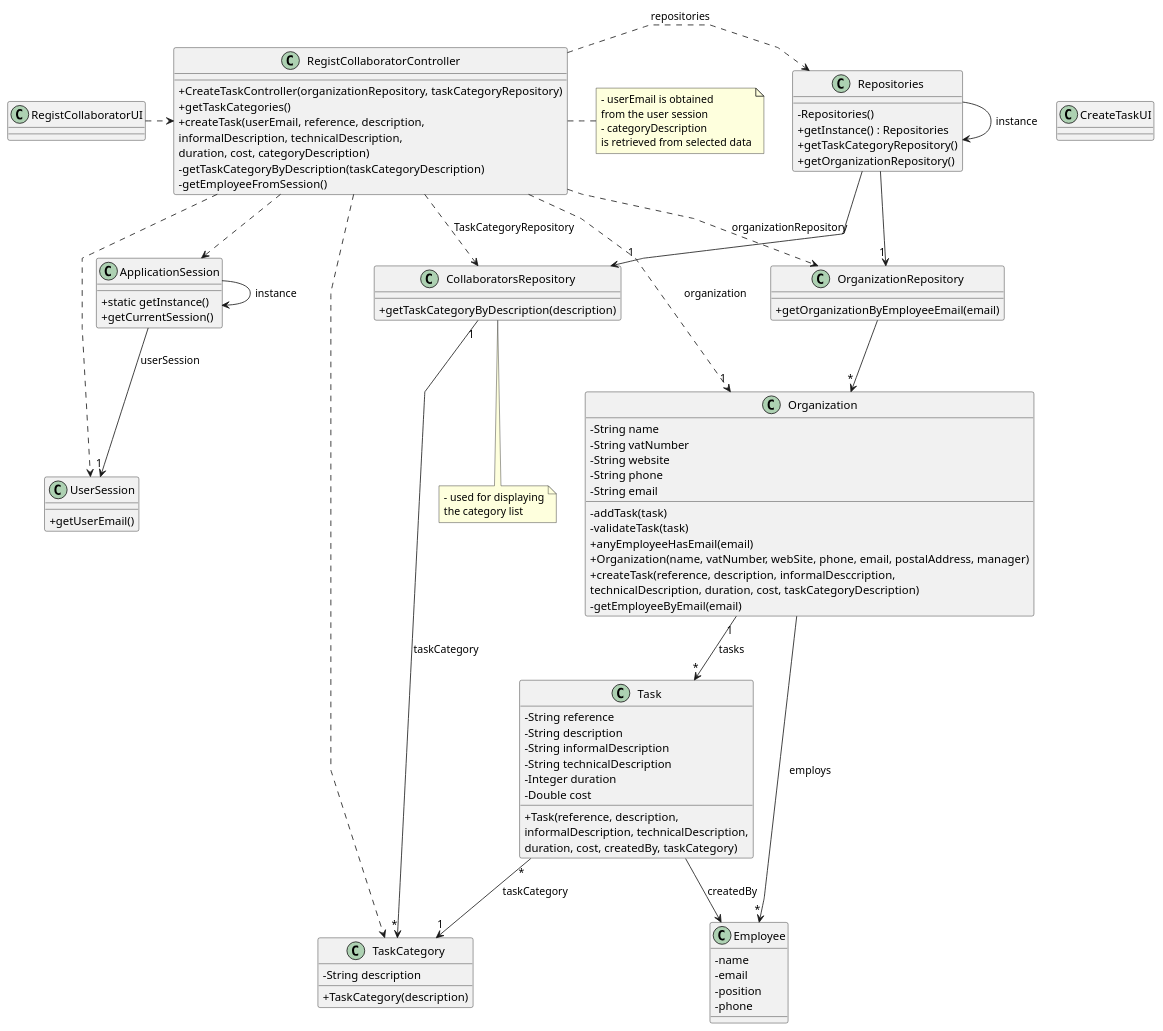
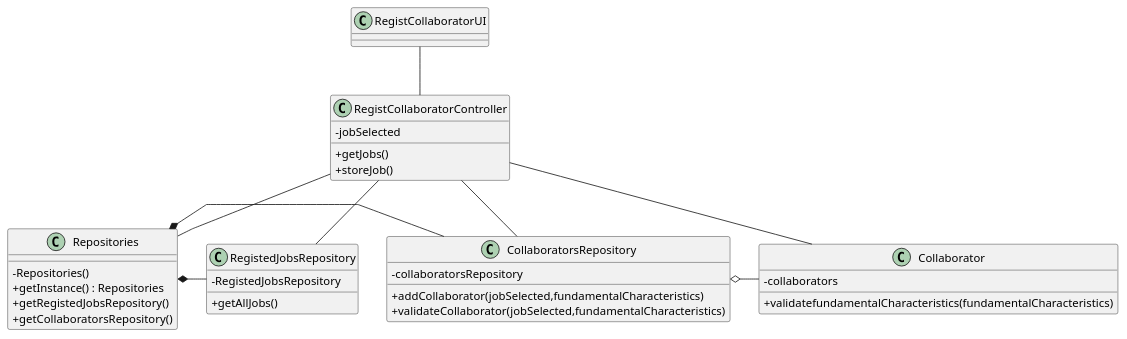
Before and after one commit to 1231360-ISEP/lei-24-s2-1db-g021: the diagram in docs/sprint2/us003/03.design/puml/us003-class-diagram.puml, drawn with PlantUML. The commit also changed 1 other file, not shown here.

```diff
--- a/docs/sprint2/us003/03.design/puml/us003-class-diagram.puml
+++ b/docs/sprint2/us003/03.design/puml/us003-class-diagram.puml
@@ -1,130 +1,64 @@
 @startuml
 'skinparam monochrome true
 skinparam packageStyle rectangle
 skinparam shadowing false
 skinparam linetype polyline
 'skinparam linetype orto
 
 skinparam classAttributeIconSize 0
 
 'left to right direction
 
-class ApplicationSession
+class RegistCollaboratorUI
 {
-    + static getInstance()
-    + getCurrentSession()
+
 }
 
-class UserSession
+class RegistCollaboratorController
 {
-    + getUserEmail()
-}
-
-class Employee {
-    - name
-    - email
-    - position
-    - phone
-}
-
-class Task {
-    - String reference
-    - String description
-    - String informalDescription
-    - String technicalDescription
-    - Integer duration
-    - Double cost
-
-    + Task(reference, description,\ninformalDescription, technicalDescription,\nduration, cost, createdBy, taskCategory)
-}
-
-class TaskCategory {
-    - String description
-
-    + TaskCategory(description)
-}
-
-class Organization {
-    - String name
-    - String vatNumber
-    - String website
-    - String phone
-    - String email
-
-    - addTask(task)
-    - validateTask(task)
-    + anyEmployeeHasEmail(email)
-    + Organization(name, vatNumber, webSite, phone, email, postalAddress, manager)
-    + createTask(reference, description, informalDesccription,\ntechnicalDescription, duration, cost, taskCategoryDescription)
-    - getEmployeeByEmail(email)
-
-'  +saveTask(task)
-}
-
-class CollaboratorsRepository {
-    + getTaskCategoryByDescription(description)
-}
-
-class OrganizationRepository {
-    + getOrganizationByEmployeeEmail(email)
+    - jobSelected
+    + getJobs()
+    + storeJob()
 }
 
 class Repositories {
     - Repositories()
     + getInstance() : Repositories
-    + getTaskCategoryRepository()
-    + getOrganizationRepository()
+    + getRegistedJobsRepository()
+    + getCollaboratorsRepository()
 }
 
-class RegistCollaboratorController {
-    + CreateTaskController(organizationRepository, taskCategoryRepository)
-    + getTaskCategories()
-    + createTask(userEmail, reference, description,\ninformalDescription, technicalDescription,\nduration, cost, categoryDescription)
-    - getTaskCategoryByDescription(taskCategoryDescription)
-    - getEmployeeFromSession()
+class CollaboratorsRepository {
+    - collaboratorsRepository
+    + addCollaborator(jobSelected,fundamentalCharacteristics)
+    + validateCollaborator(jobSelected,fundamentalCharacteristics)
 }
 
-note right of RegistCollaboratorController
-    - userEmail is obtained
-    from the user session
-    - categoryDescription
-    is retrieved from selected data
-end note
 
-note bottom of CollaboratorsRepository
-    - used for displaying
-    the category list
-end note
-
-class CreateTaskUI {
+class RegistedJobsRepository {
+    - RegistedJobsRepository
+    + getAllJobs()
 }
 
-Repositories -> Repositories : instance
-ApplicationSession -> ApplicationSession : instance
+class Collaborator {
+    - collaborators
+    + validatefundamentalCharacteristics(fundamentalCharacteristics)
+}
 
-RegistCollaboratorUI .> RegistCollaboratorController
+RegistCollaboratorUI -- RegistCollaboratorController
 
-RegistCollaboratorController .> Repositories : repositories
+RegistCollaboratorController -- Repositories
 
-Repositories -> "1" CollaboratorsRepository
+RegistCollaboratorController -- CollaboratorsRepository
 
-RegistCollaboratorController ..> TaskCategory
-RegistCollaboratorController ..> OrganizationRepository : organizationRepository
-RegistCollaboratorController ..> CollaboratorsRepository : TaskCategoryRepository
+RegistCollaboratorController -- RegistedJobsRepository
 
-Repositories --> "1" OrganizationRepository
+RegistCollaboratorController -- Collaborator
 
-OrganizationRepository --> "*" Organization
-ApplicationSession --> "1" UserSession : userSession
+Repositories *- CollaboratorsRepository
 
-RegistCollaboratorController ..> "1" Organization : organization
-RegistCollaboratorController ..> ApplicationSession
-RegistCollaboratorController ..> UserSession
-Task "*" --> "1" TaskCategory : taskCategory
-CollaboratorsRepository "1" --> "*" TaskCategory : taskCategory
-Organization "1" --> "*" Task : tasks
-Task --> Employee : createdBy
+Repositories *- RegistedJobsRepository
 
-Organization --> "*" Employee : employs
+CollaboratorsRepository o- Collaborator
 
 @enduml
```
